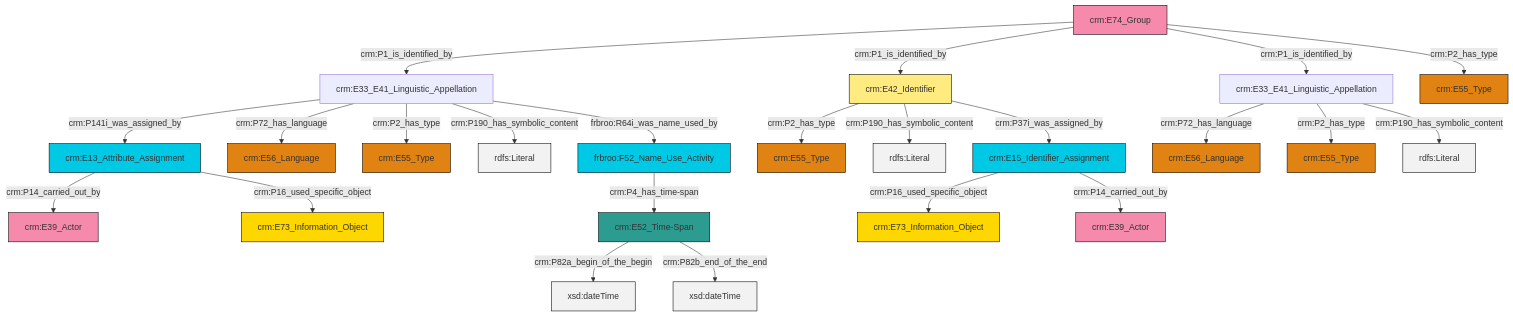
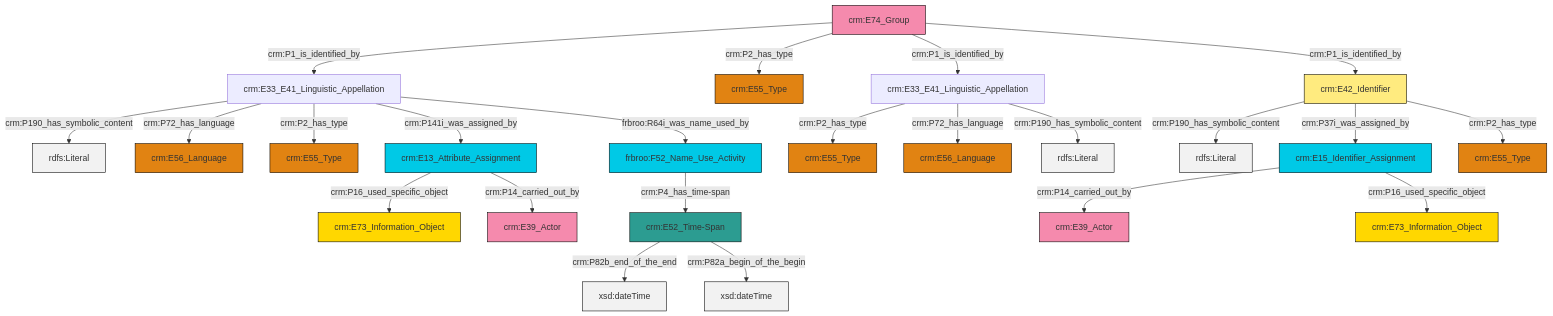
Before and after one commit to swiss-art-research-net/docs.swissartresearch: the diagram in et/groupCSV/ttl/mmd/group_name.ttl.mmd, drawn with Mermaid. The commit also changed 173 other files, not shown here.

```diff
--- a/et/groupCSV/ttl/mmd/group_name.ttl.mmd
+++ b/et/groupCSV/ttl/mmd/group_name.ttl.mmd
@@ -1,37 +1,37 @@
 graph TD
 classDef Literal fill:#f2f2f2,stroke:#000000;
 classDef CRM_Entity fill:#FFFFFF,stroke:#000000;
 classDef Temporal_Entity fill:#00C9E6, stroke:#000000;
 classDef Type fill:#E18312, stroke:#000000;
 classDef Time-Span fill:#2C9C91, stroke:#000000;
 classDef Appellation fill:#FFEB7F, stroke:#000000;
 classDef Place fill:#008836, stroke:#000000;
 classDef Persistent_Item fill:#B266B2, stroke:#000000;
 classDef Conceptual_Object fill:#FFD700, stroke:#000000;
 classDef Physical_Thing fill:#D2B48C, stroke:#000000;
 classDef Actor fill:#f58aad, stroke:#000000;
 classDef PC_Classes fill:#4ce600, stroke:#000000;
 classDef Multi fill:#cccccc,stroke:#000000;
 
-0["crm:E33_E41_Linguistic_Appellation"]:::Default -->|crm:P72_has_language| 1["crm:E56_Language"]:::Type
-6["crm:E33_E41_Linguistic_Appellation"]:::Default -->|crm:P141i_was_assigned_by| 7["crm:E13_Attribute_Assignment"]:::Temporal_Entity
-10["crm:E42_Identifier"]:::Appellation -->|crm:P2_has_type| 11["crm:E55_Type"]:::Type
-12["crm:E15_Identifier_Assignment"]:::Temporal_Entity -->|crm:P16_used_specific_object| 4["crm:E73_Information_Object"]:::Conceptual_Object
-13["crm:E74_Group"]:::Actor -->|crm:P1_is_identified_by| 6["crm:E33_E41_Linguistic_Appellation"]:::Default
-0["crm:E33_E41_Linguistic_Appellation"]:::Default -->|crm:P2_has_type| 16["crm:E55_Type"]:::Type
-0["crm:E33_E41_Linguistic_Appellation"]:::Default -->|crm:P190_has_symbolic_content| 17[rdfs:Literal]:::Literal
-7["crm:E13_Attribute_Assignment"]:::Temporal_Entity -->|crm:P14_carried_out_by| 18["crm:E39_Actor"]:::Actor
-13["crm:E74_Group"]:::Actor -->|crm:P1_is_identified_by| 10["crm:E42_Identifier"]:::Appellation
-13["crm:E74_Group"]:::Actor -->|crm:P1_is_identified_by| 0["crm:E33_E41_Linguistic_Appellation"]:::Default
-10["crm:E42_Identifier"]:::Appellation -->|crm:P190_has_symbolic_content| 23[rdfs:Literal]:::Literal
-6["crm:E33_E41_Linguistic_Appellation"]:::Default -->|crm:P72_has_language| 26["crm:E56_Language"]:::Type
-6["crm:E33_E41_Linguistic_Appellation"]:::Default -->|crm:P2_has_type| 27["crm:E55_Type"]:::Type
-13["crm:E74_Group"]:::Actor -->|crm:P2_has_type| 2["crm:E55_Type"]:::Type
-6["crm:E33_E41_Linguistic_Appellation"]:::Default -->|crm:P190_has_symbolic_content| 29[rdfs:Literal]:::Literal
-12["crm:E15_Identifier_Assignment"]:::Temporal_Entity -->|crm:P14_carried_out_by| 24["crm:E39_Actor"]:::Actor
-6["crm:E33_E41_Linguistic_Appellation"]:::Default -->|frbroo:R64i_was_name_used_by| 31["frbroo:F52_Name_Use_Activity"]:::Temporal_Entity
-14["crm:E52_Time-Span"]:::Time-Span -->|crm:P82a_begin_of_the_begin| 33[xsd:dateTime]:::Literal
-31["frbroo:F52_Name_Use_Activity"]:::Temporal_Entity -->|crm:P4_has_time-span| 14["crm:E52_Time-Span"]:::Time-Span
-10["crm:E42_Identifier"]:::Appellation -->|crm:P37i_was_assigned_by| 12["crm:E15_Identifier_Assignment"]:::Temporal_Entity
-7["crm:E13_Attribute_Assignment"]:::Temporal_Entity -->|crm:P16_used_specific_object| 19["crm:E73_Information_Object"]:::Conceptual_Object
-14["crm:E52_Time-Span"]:::Time-Span -->|crm:P82b_end_of_the_end| 41[xsd:dateTime]:::Literal
+4["crm:E15_Identifier_Assignment"]:::Temporal_Entity -->|crm:P14_carried_out_by| 5["crm:E39_Actor"]:::Actor
+8["crm:E42_Identifier"]:::Appellation -->|crm:P190_has_symbolic_content| 9[rdfs:Literal]:::Literal
+12["crm:E74_Group"]:::Actor -->|crm:P1_is_identified_by| 13["crm:E33_E41_Linguistic_Appellation"]:::Default
+4["crm:E15_Identifier_Assignment"]:::Temporal_Entity -->|crm:P16_used_specific_object| 14["crm:E73_Information_Object"]:::Conceptual_Object
+12["crm:E74_Group"]:::Actor -->|crm:P2_has_type| 15["crm:E55_Type"]:::Type
+12["crm:E74_Group"]:::Actor -->|crm:P1_is_identified_by| 16["crm:E33_E41_Linguistic_Appellation"]:::Default
+13["crm:E33_E41_Linguistic_Appellation"]:::Default -->|crm:P190_has_symbolic_content| 17[rdfs:Literal]:::Literal
+19["crm:E13_Attribute_Assignment"]:::Temporal_Entity -->|crm:P16_used_specific_object| 20["crm:E73_Information_Object"]:::Conceptual_Object
+22["crm:E52_Time-Span"]:::Time-Span -->|crm:P82b_end_of_the_end| 23[xsd:dateTime]:::Literal
+19["crm:E13_Attribute_Assignment"]:::Temporal_Entity -->|crm:P14_carried_out_by| 0["crm:E39_Actor"]:::Actor
+8["crm:E42_Identifier"]:::Appellation -->|crm:P37i_was_assigned_by| 4["crm:E15_Identifier_Assignment"]:::Temporal_Entity
+22["crm:E52_Time-Span"]:::Time-Span -->|crm:P82a_begin_of_the_begin| 27[xsd:dateTime]:::Literal
+13["crm:E33_E41_Linguistic_Appellation"]:::Default -->|crm:P72_has_language| 6["crm:E56_Language"]:::Type
+13["crm:E33_E41_Linguistic_Appellation"]:::Default -->|crm:P2_has_type| 2["crm:E55_Type"]:::Type
+13["crm:E33_E41_Linguistic_Appellation"]:::Default -->|crm:P141i_was_assigned_by| 19["crm:E13_Attribute_Assignment"]:::Temporal_Entity
+16["crm:E33_E41_Linguistic_Appellation"]:::Default -->|crm:P2_has_type| 32["crm:E55_Type"]:::Type
+16["crm:E33_E41_Linguistic_Appellation"]:::Default -->|crm:P72_has_language| 34["crm:E56_Language"]:::Type
+8["crm:E42_Identifier"]:::Appellation -->|crm:P2_has_type| 29["crm:E55_Type"]:::Type
+12["crm:E74_Group"]:::Actor -->|crm:P1_is_identified_by| 8["crm:E42_Identifier"]:::Appellation
+13["crm:E33_E41_Linguistic_Appellation"]:::Default -->|frbroo:R64i_was_name_used_by| 10["frbroo:F52_Name_Use_Activity"]:::Temporal_Entity
+16["crm:E33_E41_Linguistic_Appellation"]:::Default -->|crm:P190_has_symbolic_content| 41[rdfs:Literal]:::Literal
+10["frbroo:F52_Name_Use_Activity"]:::Temporal_Entity -->|crm:P4_has_time-span| 22["crm:E52_Time-Span"]:::Time-Span
```
